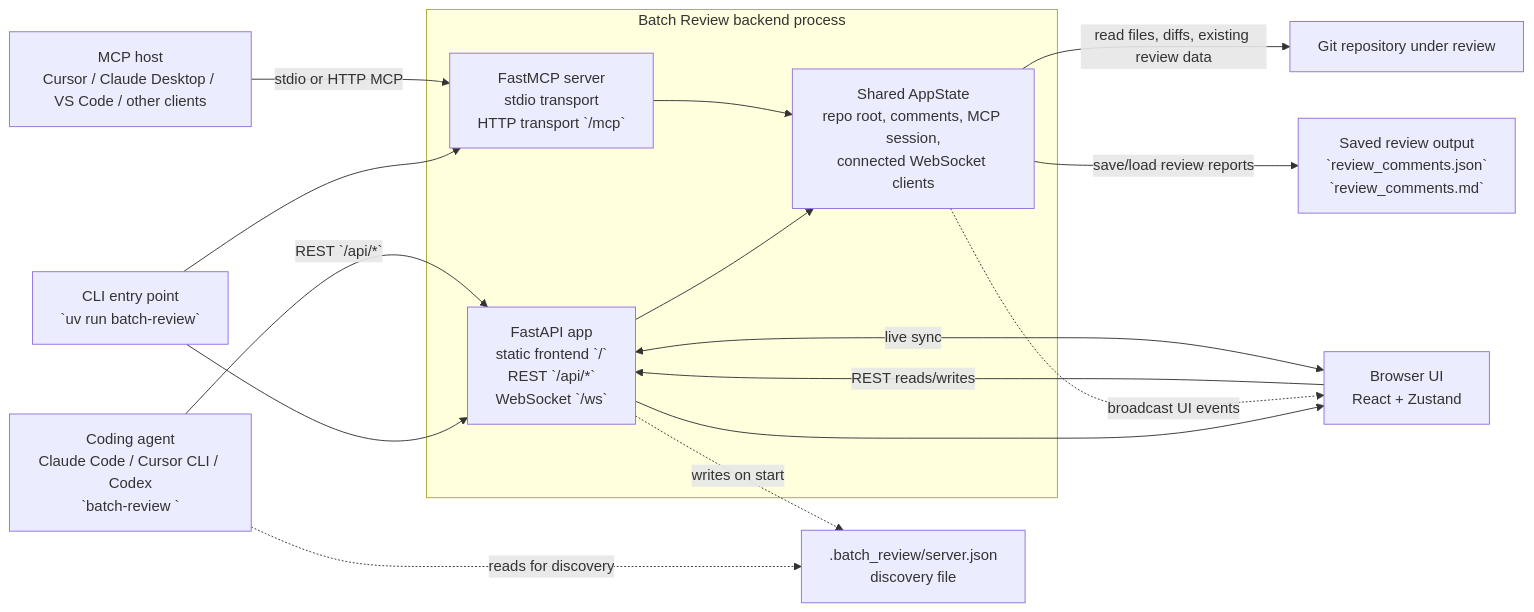
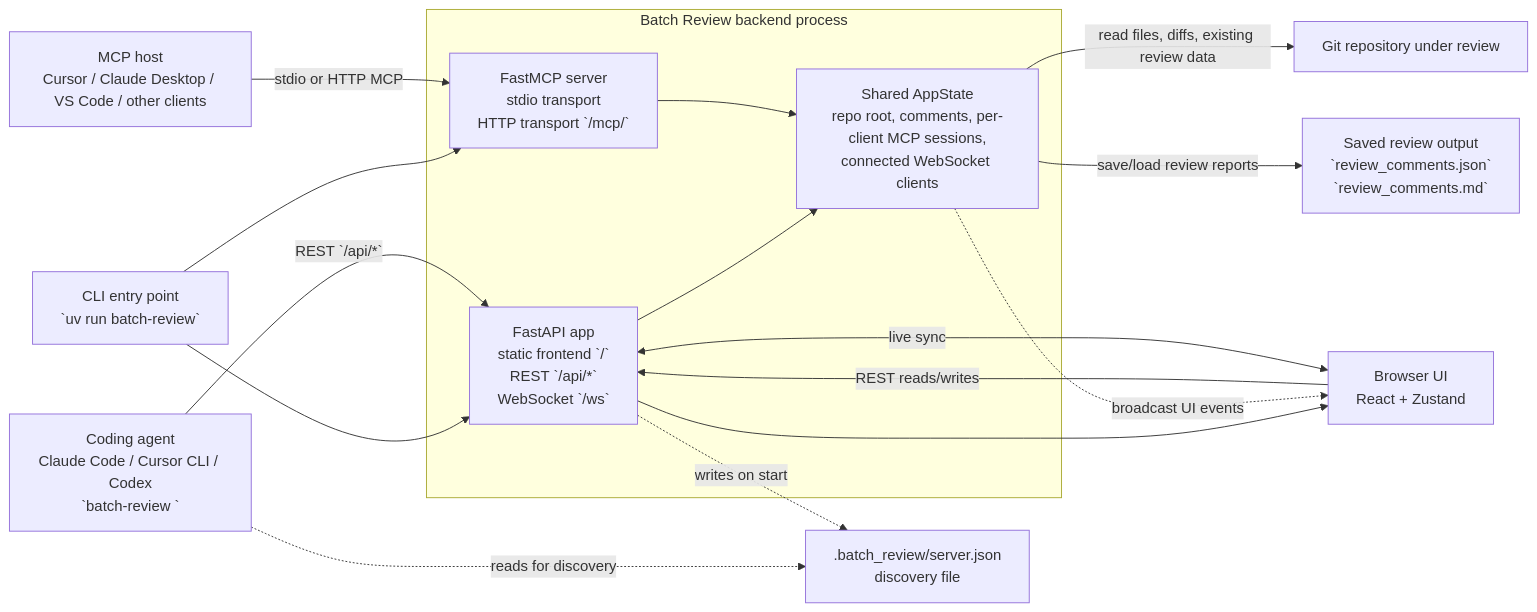
The diagram in README.md (hevangel/batch-review-mcp), drawn with Mermaid before and after one commit. The commit also changed other lines of this file and 20 other files, not shown here.

````diff
--- a/README.md
+++ b/README.md
@@ -88,32 +88,32 @@
 ```mermaid
 flowchart LR
     CLI["CLI entry point<br/>`uv run batch-review`"]
     Browser["Browser UI<br/>React + Zustand"]
     McpHost["MCP host<br/>Cursor / Claude Desktop / VS Code / other clients"]
     AgentCli["Coding agent<br/>Claude Code / Cursor CLI / Codex<br/>`batch-review <verb>`"]
 
     subgraph Backend["Batch Review backend process"]
         Server["FastAPI app<br/>static frontend `/`<br/>REST `/api/*`<br/>WebSocket `/ws`"]
-        Mcp["FastMCP server<br/>stdio transport<br/>HTTP transport `/mcp`"]
-        State["Shared AppState<br/>repo root, comments, MCP session,<br/>connected WebSocket clients"]
+        Mcp["FastMCP server<br/>stdio transport<br/>HTTP transport `/mcp/`"]
+        State["Shared AppState<br/>repo root, comments, per-client MCP sessions,<br/>connected WebSocket clients"]
     end
 
     Repo["Git repository under review"]
     Output["Saved review output<br/>`review_comments.json`<br/>`review_comments.md`"]
     PortFile[".batch_review/server.json<br/>discovery file"]
 
     CLI --> Server
     CLI --> Mcp
     Server --> Browser
     Browser -->|"REST reads/writes"| Server
     Browser <-->|"live sync"| Server
     Server --> State
     Mcp --> State
     McpHost -->|"stdio or HTTP MCP"| Mcp
     AgentCli -->|"REST `/api/*`"| Server
     AgentCli -.->|"reads for discovery"| PortFile
     Server -.->|"writes on start"| PortFile
     State -->|"read files, diffs, existing review data"| Repo
     State -->|"save/load review reports"| Output
     State -.->|"broadcast UI events"| Browser
 ```
````
